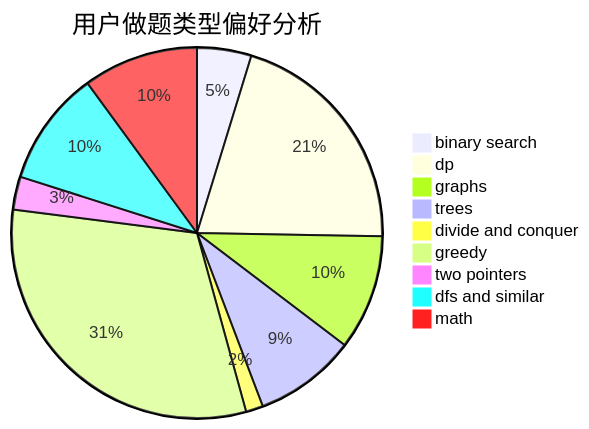
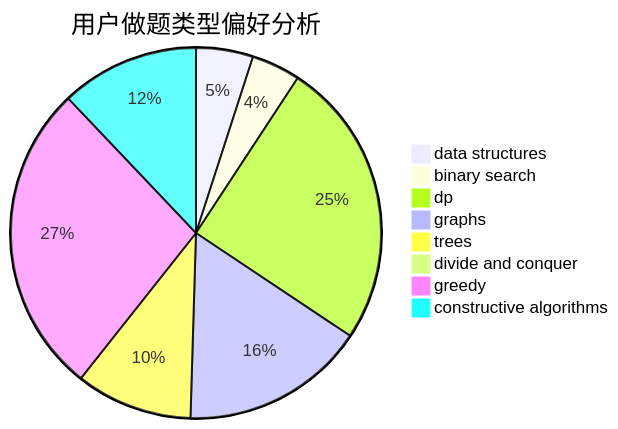
The second of 3 diagrams in docs/user/u50.md (sherpahu/cfrs.github.io), drawn with Mermaid before and after one commit. The commit also changed other lines of this file and 2775 other files, not shown here.

````diff
--- a/docs/user/u50.md
+++ b/docs/user/u50.md
@@ -23,12 +23,11 @@
 ```mermaid
 pie title 用户做题类型偏好分析
-    "binary search" :  41
-    "dp" :  178
-    "graphs" :  87
-    "trees" :  77
-    "divide and conquer" :  13
-    "greedy" :  271
-    "two pointers" :  25
-    "dfs and similar" :  87
-    "math" :  87
+    "data structures" :  21
+    "binary search" :  18
+    "dp" :  106
+    "graphs" :  68
+    "trees" :  43
+    "divide and conquer" :  0
+    "greedy" :  115
+    "constructive algorithms" :  51
 ```
````
